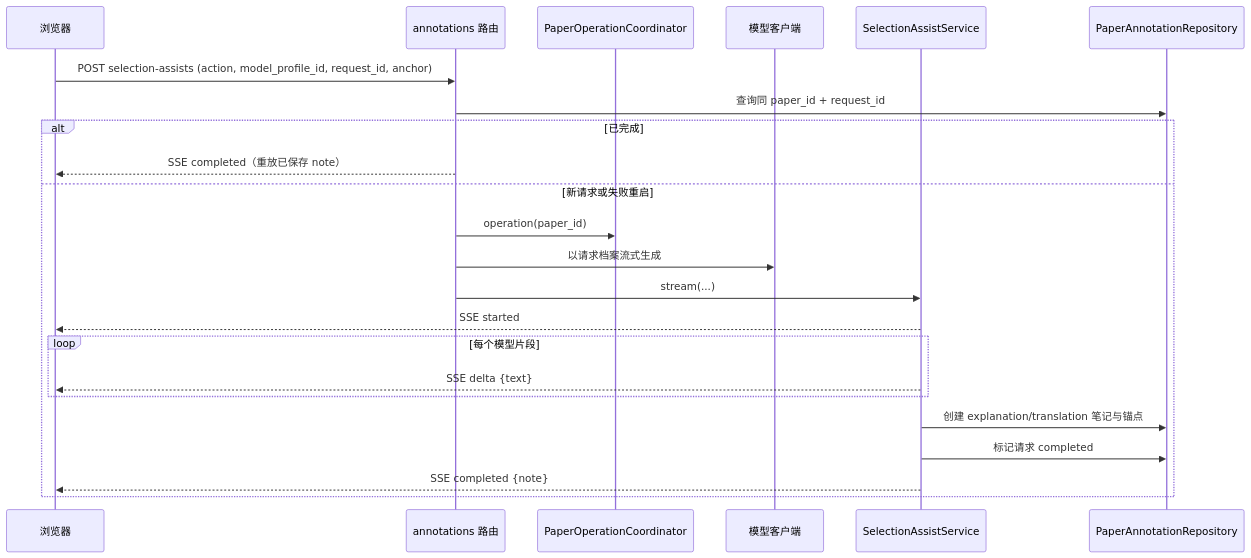
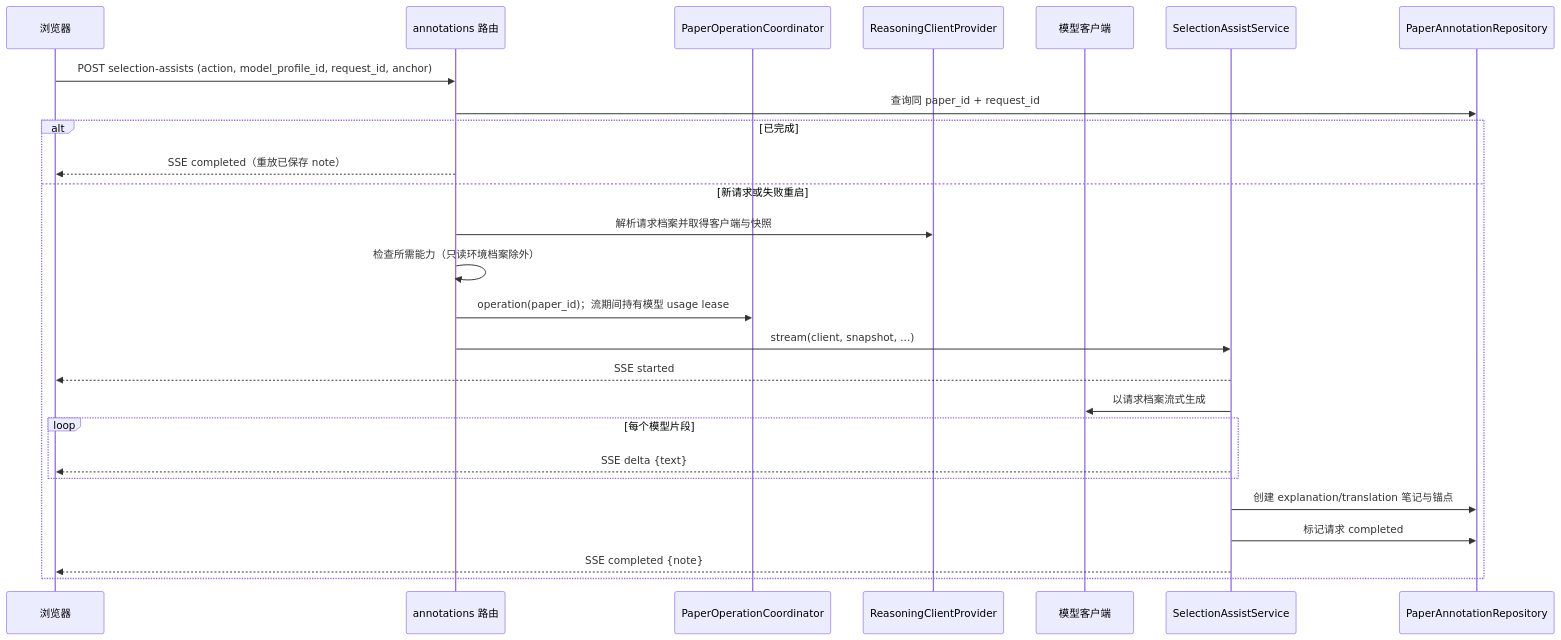
One commit to vibetony319/paper-agent changed the third of 5 diagrams in docs/architecture.md. Above: the diagram before and after it, drawn with Mermaid. The commit also changed other lines of this file and 26 other files, not shown here.

````diff
--- a/docs/architecture.md
+++ b/docs/architecture.md
@@ -85,25 +85,28 @@
 ```mermaid
 sequenceDiagram
     participant B as 浏览器
     participant A as annotations 路由
     participant C as PaperOperationCoordinator
+    participant V as ReasoningClientProvider
     participant M as 模型客户端
     participant S as SelectionAssistService
     participant R as PaperAnnotationRepository
     B->>A: POST selection-assists (action, model_profile_id, request_id, anchor)
     A->>R: 查询同 paper_id + request_id
     alt 已完成
         A-->>B: SSE completed（重放已保存 note）
     else 新请求或失败重启
-        A->>C: operation(paper_id)
-        A->>M: 以请求档案流式生成
-        A->>S: stream(...)
+        A->>V: 解析请求档案并取得客户端与快照
+        A->>A: 检查所需能力（只读环境档案除外）
+        A->>C: operation(paper_id)；流期间持有模型 usage lease
+        A->>S: stream(client, snapshot, ...)
         S-->>B: SSE started
+        S->>M: 以请求档案流式生成
         loop 每个模型片段
             S-->>B: SSE delta {text}
         end
         S->>R: 创建 explanation/translation 笔记与锚点
         S->>R: 标记请求 completed
         S-->>B: SSE completed {note}
     end
 ```
````
